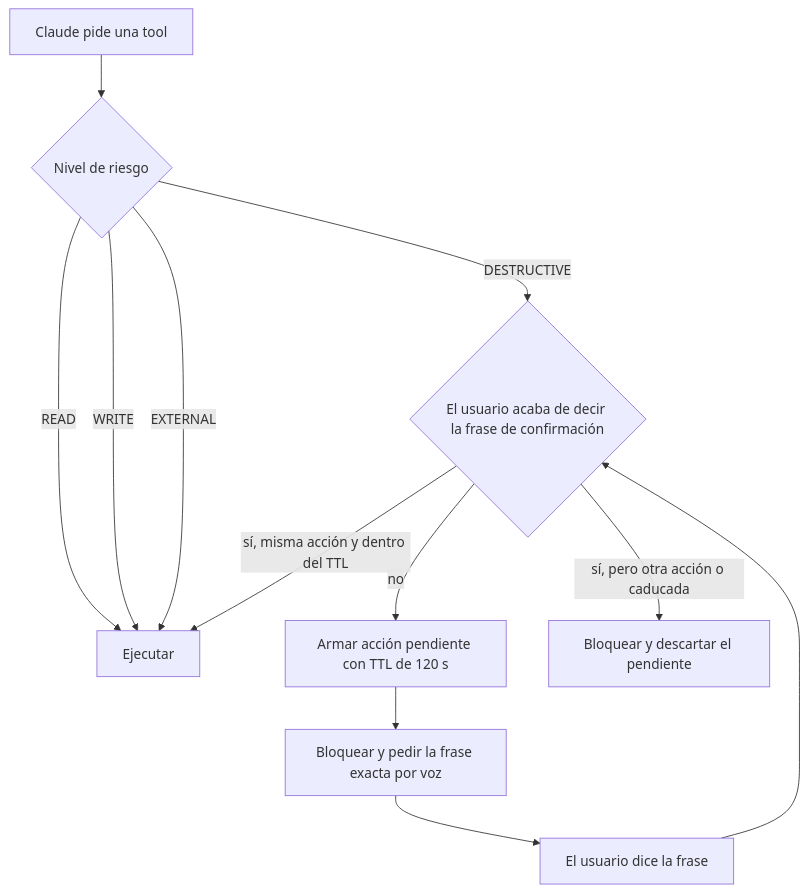
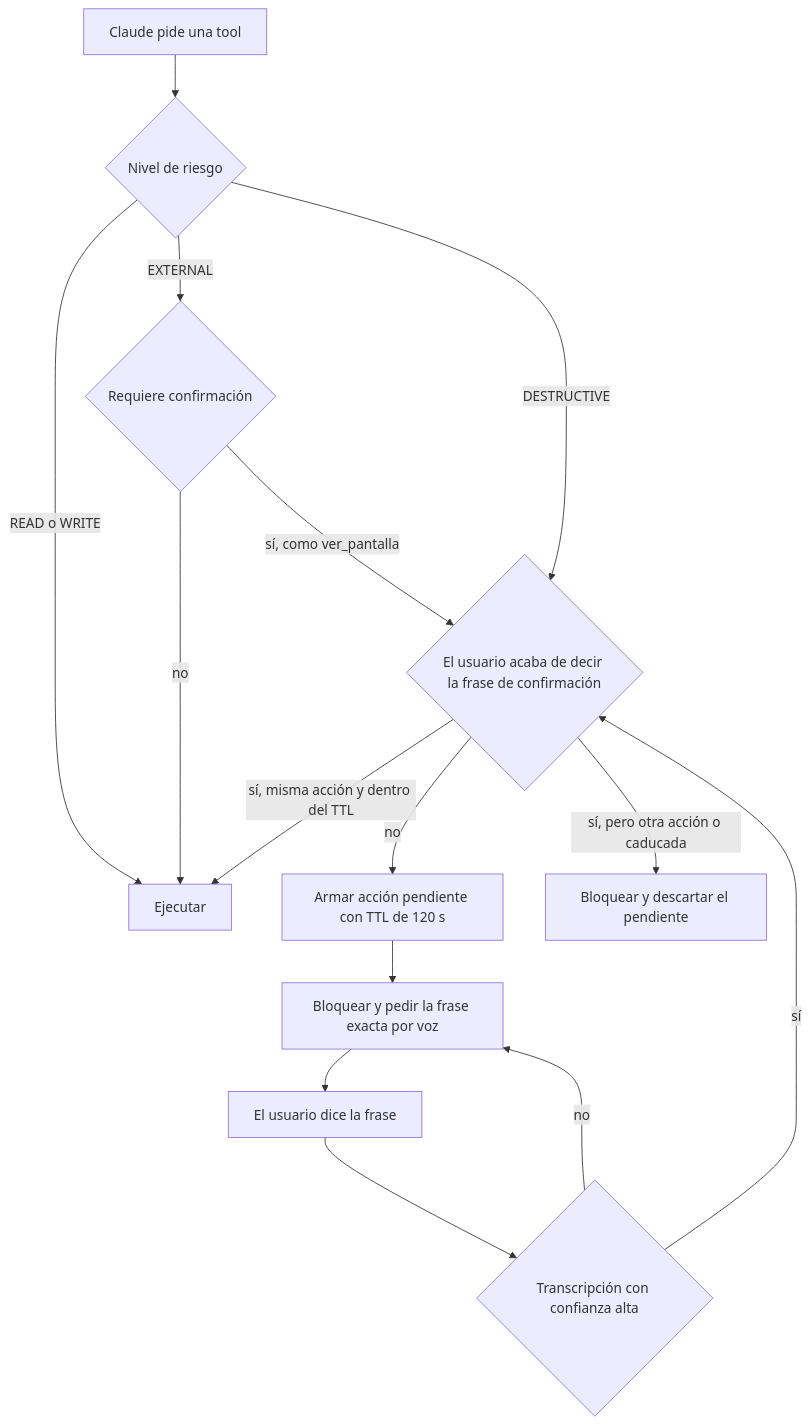
The second of 2 diagrams in README.md (Joaquinriosheredia/jarvis-voice-platform), drawn with Mermaid before and after one commit. The commit also changed other lines of this file, not shown here.

````diff
--- a/README.md
+++ b/README.md
@@ -47,14 +53,17 @@
 ```mermaid
 flowchart TD
     TU[Claude pide una tool] --> RI{Nivel de riesgo}
-    RI -->|READ| EJ[Ejecutar]
-    RI -->|WRITE| EJ
-    RI -->|EXTERNAL| EJ
-    RI -->|DESTRUCTIVE| CF{El usuario acaba de decir la frase de confirmación}
+    RI -->|READ o WRITE| EJ[Ejecutar]
+    RI -->|EXTERNAL| RC{Requiere confirmación}
+    RC -->|no| EJ
+    RC -->|sí, como ver_pantalla| CF{El usuario acaba de decir la frase de confirmación}
+    RI -->|DESTRUCTIVE| CF
     CF -->|no| PE[Armar acción pendiente con TTL de 120 s]
     PE --> BL[Bloquear y pedir la frase exacta por voz]
     BL --> US[El usuario dice la frase]
-    US --> CF
+    US --> WC{Transcripción con confianza alta}
+    WC -->|no| BL
+    WC -->|sí| CF
     CF -->|sí, misma acción y dentro del TTL| EJ
     CF -->|sí, pero otra acción o caducada| NO[Bloquear y descartar el pendiente]
 ```
````
